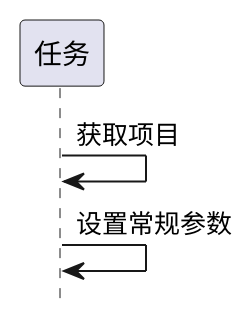
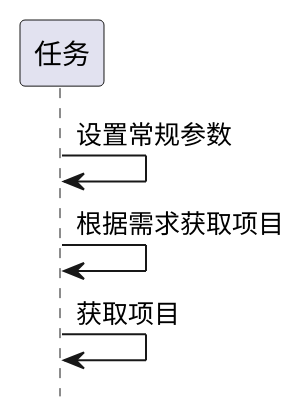
The seventh of 16 diagrams in ibizpms-docs/src/main/doc/v1/module/zentao/Task_old.md (zj335841911/nt_chandao), drawn with PlantUML before and after one commit. The commit also changed other lines of this file and 6 other files, not shown here.

```diff
--- a/ibizpms-docs/src/main/doc/v1/module/zentao/Task_old.md
+++ b/ibizpms-docs/src/main/doc/v1/module/zentao/Task_old.md
@@ -420,6 +420,7 @@
 {% plantuml %}
 hide footbox
 
+任务 -> 任务: 设置常规参数
+任务 -> 任务: 根据需求获取项目
 任务 -> 任务: 获取项目
-任务 -> 任务: 设置常规参数
 {% endplantuml %}
```
